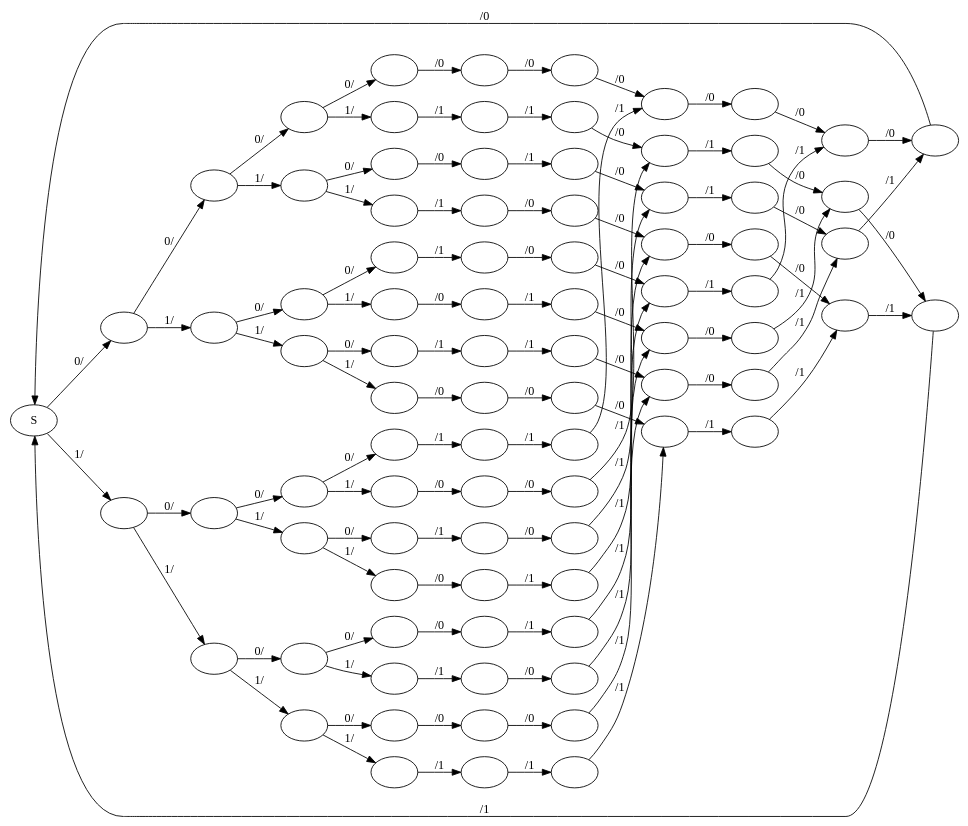
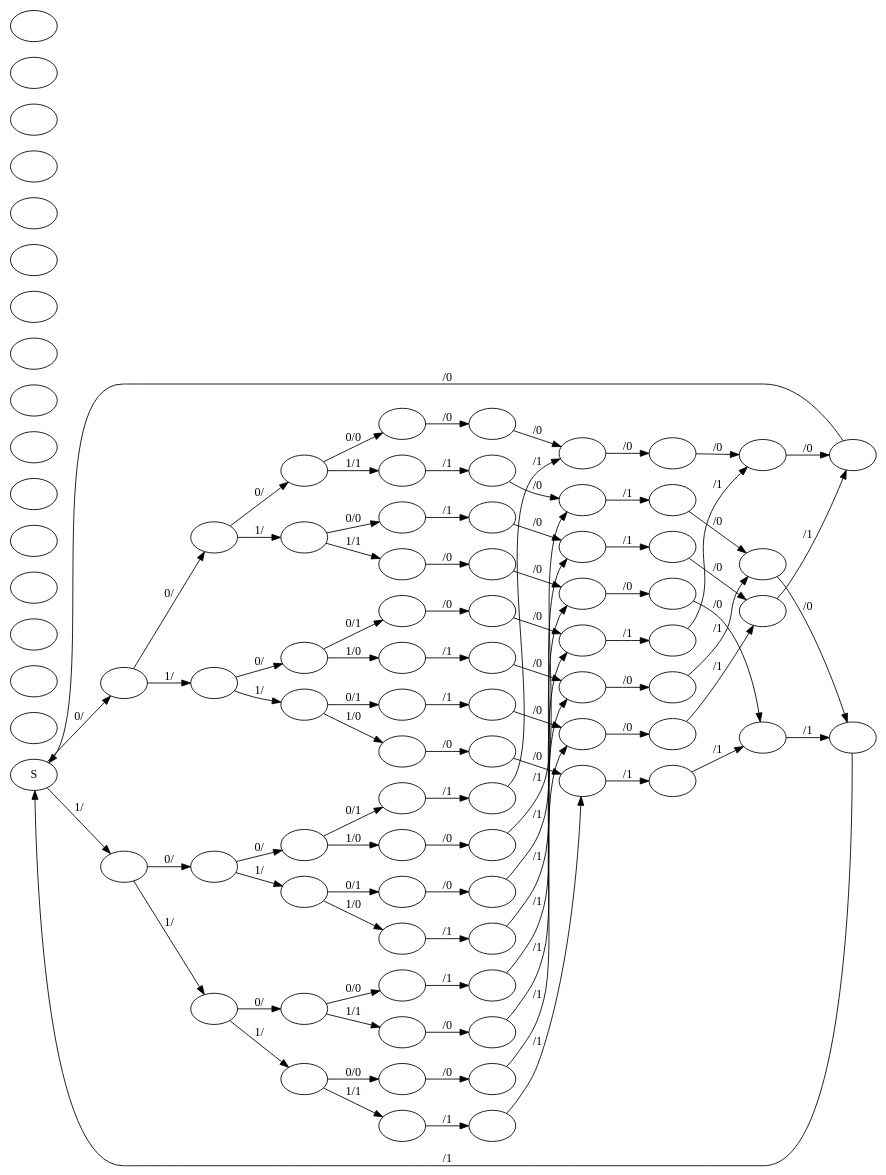
One commit to ihh/dnastore changed the diagram in doc/hamming74.dot. Above: the diagram before and after it, drawn with Graphviz. The commit also changed 1 other file, not shown here.

```diff
--- a/doc/hamming74.dot
+++ b/doc/hamming74.dot
@@ -1,187 +1,171 @@
 digraph G {
 rankdir=LR;
 S -> 0 [label="0/"];
 S -> 1 [label="1/"];
 0 -> 00 [label="0/"];
 0 -> 01 [label="1/"];
 1 -> 10 [label="0/"];
 1 -> 11 [label="1/"];
 00 -> 000 [label="0/"];
 00 -> 001 [label="1/"];
 01 -> 010 [label="0/"];
 01 -> 011 [label="1/"];
 10 -> 100 [label="0/"];
 10 -> 101 [label="1/"];
 11 -> 110 [label="0/"];
 11 -> 111 [label="1/"];
-000 -> 0000 [label="0/"];
-000 -> 0001 [label="1/"];
-001 -> 0010 [label="0/"];
-001 -> 0011 [label="1/"];
-010 -> 0100 [label="0/"];
-010 -> 0101 [label="1/"];
-011 -> 0110 [label="0/"];
-011 -> 0111 [label="1/"];
-100 -> 1000 [label="0/"];
-100 -> 1001 [label="1/"];
-101 -> 1010 [label="0/"];
-101 -> 1011 [label="1/"];
-110 -> 1100 [label="0/"];
-110 -> 1101 [label="1/"];
-111 -> 1110 [label="0/"];
-111 -> 1111 [label="1/"];
-0000 -> p1_0000 [label="/0"];
-0001 -> p1_0001 [label="/1"];
-0010 -> p1_0010 [label="/0"];
-0011 -> p1_0011 [label="/1"];
-0100 -> p1_0100 [label="/1"];
-0101 -> p1_0101 [label="/0"];
-0110 -> p1_0110 [label="/1"];
-0111 -> p1_0111 [label="/0"];
-1000 -> p1_1000 [label="/1"];
-1001 -> p1_1001 [label="/0"];
-1010 -> p1_1010 [label="/1"];
-1011 -> p1_1011 [label="/0"];
-1100 -> p1_1100 [label="/0"];
-1101 -> p1_1101 [label="/1"];
-1110 -> p1_1110 [label="/0"];
-1111 -> p1_1111 [label="/1"];
+000 -> p1_0000 [label="0/0"];
+000 -> p1_0001 [label="1/1"];
+001 -> p1_0010 [label="0/0"];
+001 -> p1_0011 [label="1/1"];
+010 -> p1_0100 [label="0/1"];
+010 -> p1_0101 [label="1/0"];
+011 -> p1_0110 [label="0/1"];
+011 -> p1_0111 [label="1/0"];
+100 -> p1_1000 [label="0/1"];
+100 -> p1_1001 [label="1/0"];
+101 -> p1_1010 [label="0/1"];
+101 -> p1_1011 [label="1/0"];
+110 -> p1_1100 [label="0/0"];
+110 -> p1_1101 [label="1/1"];
+111 -> p1_1110 [label="0/0"];
+111 -> p1_1111 [label="1/1"];
 p1_0000 -> p2_0000 [label="/0"];
 p1_0001 -> p2_0001 [label="/1"];
 p1_0010 -> p2_0010 [label="/1"];
 p1_0011 -> p2_0011 [label="/0"];
 p1_0100 -> p2_0100 [label="/0"];
 p1_0101 -> p2_0101 [label="/1"];
 p1_0110 -> p2_0110 [label="/1"];
 p1_0111 -> p2_0111 [label="/0"];
 p1_1000 -> p2_1000 [label="/1"];
 p1_1001 -> p2_1001 [label="/0"];
 p1_1010 -> p2_1010 [label="/0"];
 p1_1011 -> p2_1011 [label="/1"];
 p1_1100 -> p2_1100 [label="/1"];
 p1_1101 -> p2_1101 [label="/0"];
 p1_1110 -> p2_1110 [label="/0"];
 p1_1111 -> p2_1111 [label="/1"];
 p2_0000 -> d1_000 [label="/0"];
 p2_0001 -> d1_001 [label="/0"];
 p2_0010 -> d1_010 [label="/0"];
 p2_0011 -> d1_011 [label="/0"];
 p2_0100 -> d1_100 [label="/0"];
 p2_0101 -> d1_101 [label="/0"];
 p2_0110 -> d1_110 [label="/0"];
 p2_0111 -> d1_111 [label="/0"];
 p2_1000 -> d1_000 [label="/1"];
 p2_1001 -> d1_001 [label="/1"];
 p2_1010 -> d1_010 [label="/1"];
 p2_1011 -> d1_011 [label="/1"];
 p2_1100 -> d1_100 [label="/1"];
 p2_1101 -> d1_101 [label="/1"];
 p2_1110 -> d1_110 [label="/1"];
 p2_1111 -> d1_111 [label="/1"];
 d1_000 -> p3_000 [label="/0"];
 d1_001 -> p3_001 [label="/1"];
 d1_010 -> p3_010 [label="/1"];
 d1_011 -> p3_011 [label="/0"];
 d1_100 -> p3_100 [label="/1"];
 d1_101 -> p3_101 [label="/0"];
 d1_110 -> p3_110 [label="/0"];
 d1_111 -> p3_111 [label="/1"];
 p3_000 -> d2_00 [label="/0"];
 p3_001 -> d2_01 [label="/0"];
 p3_010 -> d2_10 [label="/0"];
 p3_011 -> d2_11 [label="/0"];
 p3_100 -> d2_00 [label="/1"];
 p3_101 -> d2_01 [label="/1"];
 p3_110 -> d2_10 [label="/1"];
 p3_111 -> d2_11 [label="/1"];
 d2_00 -> d3_0 [label="/0"];
 d2_01 -> d3_1 [label="/0"];
 d2_10 -> d3_0 [label="/1"];
 d2_11 -> d3_1 [label="/1"];
 d3_0 -> S [label="/0"];
 d3_1 -> S [label="/1"];
 0 [label=""];
 d3_0 [label=""];
 1 [label=""];
 d3_1 [label=""];
 00 [label=""];
 d2_00 [label=""];
 01 [label=""];
 d2_01 [label=""];
 10 [label=""];
 d2_10 [label=""];
 11 [label=""];
 d2_11 [label=""];
 000 [label=""];
 d1_000 [label=""];
 p3_000 [label=""];
 001 [label=""];
 d1_001 [label=""];
 p3_001 [label=""];
 010 [label=""];
 d1_010 [label=""];
 p3_010 [label=""];
 011 [label=""];
 d1_011 [label=""];
 p3_011 [label=""];
 100 [label=""];
 d1_100 [label=""];
 p3_100 [label=""];
 101 [label=""];
 d1_101 [label=""];
 p3_101 [label=""];
 110 [label=""];
 d1_110 [label=""];
 p3_110 [label=""];
 111 [label=""];
 d1_111 [label=""];
 p3_111 [label=""];
 0000 [label=""];
 p1_0000 [label=""];
 p2_0000 [label=""];
 0001 [label=""];
 p1_0001 [label=""];
 p2_0001 [label=""];
 0010 [label=""];
 p1_0010 [label=""];
 p2_0010 [label=""];
 0011 [label=""];
 p1_0011 [label=""];
 p2_0011 [label=""];
 0100 [label=""];
 p1_0100 [label=""];
 p2_0100 [label=""];
 0101 [label=""];
 p1_0101 [label=""];
 p2_0101 [label=""];
 0110 [label=""];
 p1_0110 [label=""];
 p2_0110 [label=""];
 0111 [label=""];
 p1_0111 [label=""];
 p2_0111 [label=""];
 1000 [label=""];
 p1_1000 [label=""];
 p2_1000 [label=""];
 1001 [label=""];
 p1_1001 [label=""];
 p2_1001 [label=""];
 1010 [label=""];
 p1_1010 [label=""];
 p2_1010 [label=""];
 1011 [label=""];
 p1_1011 [label=""];
 p2_1011 [label=""];
 1100 [label=""];
 p1_1100 [label=""];
 p2_1100 [label=""];
 1101 [label=""];
 p1_1101 [label=""];
 p2_1101 [label=""];
 1110 [label=""];
 p1_1110 [label=""];
 p2_1110 [label=""];
 1111 [label=""];
 p1_1111 [label=""];
 p2_1111 [label=""];
 }
```
